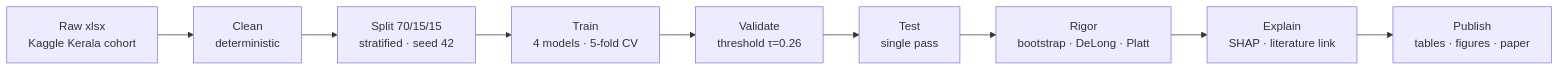
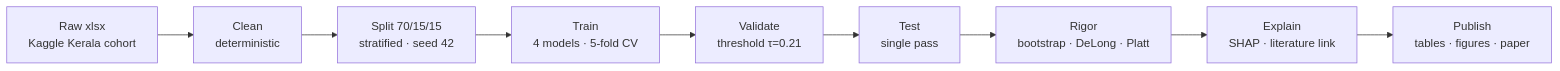
The first of 2 diagrams in README.md (cyberstuck3/HormoBench-PCOS), drawn with Mermaid before and after one commit. The commit also changed other lines of this file and 7 other files, not shown here.

````diff
--- a/README.md
+++ b/README.md
@@ -58,11 +60,11 @@
 ```mermaid
 flowchart LR
     A[Raw xlsx<br/>Kaggle Kerala cohort] --> B[Clean<br/>deterministic]
     B --> C[Split 70/15/15<br/>stratified · seed 42]
     C --> D[Train<br/>4 models · 5-fold CV]
-    D --> E[Validate<br/>threshold τ=0.26]
+    D --> E[Validate<br/>threshold τ=0.21]
     E --> F[Test<br/>single pass]
     F --> G[Rigor<br/>bootstrap · DeLong · Platt]
     G --> H[Explain<br/>SHAP · literature link]
     H --> I[Publish<br/>tables · figures · paper]
 ```
````
